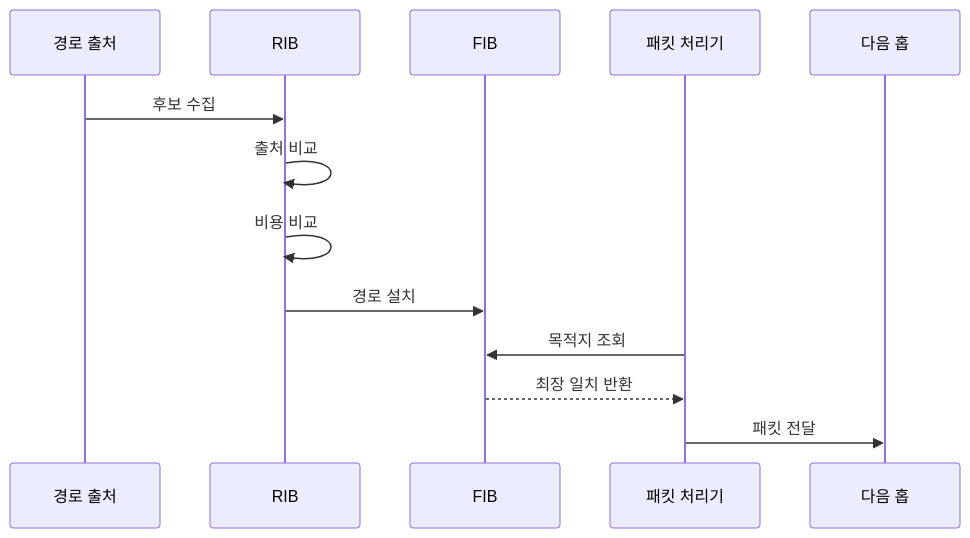
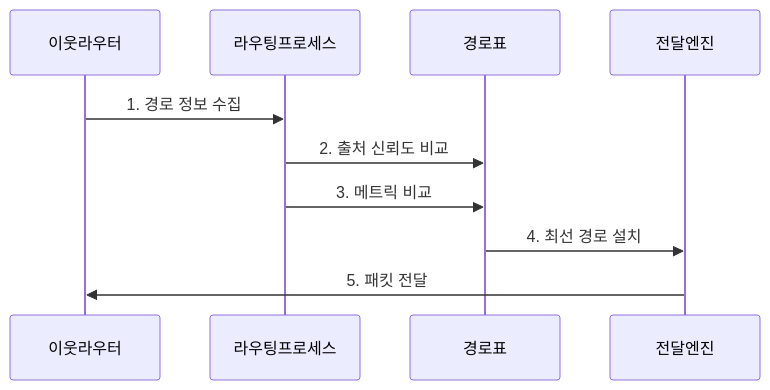
Before and after one commit to agnusdei1207/knowledge-base: the second of 2 diagrams in src/content/docs/notes/04-network/010_routing_static_dynamic.md, drawn with Mermaid. The commit also changed other lines of this file and 20 other files, not shown here.

````diff
--- a/src/content/docs/notes/04-network/010_routing_static_dynamic.md
+++ b/src/content/docs/notes/04-network/010_routing_static_dynamic.md
@@ -82,15 +87,12 @@
 ```mermaid
 sequenceDiagram
-    participant C as 경로 출처
-    participant R as RIB
-    participant F as FIB
-    participant P as 패킷 처리기
-    participant N as 다음 홉
-    C->>R: 후보 수집
-    R->>R: 출처 비교
-    R->>R: 비용 비교
-    R->>F: 경로 설치
-    P->>F: 목적지 조회
-    F-->>P: 최장 일치 반환
-    P->>N: 패킷 전달
+    participant 이웃라우터
+    participant 라우팅프로세스
+    participant 경로표
+    participant 전달엔진
+    이웃라우터->>라우팅프로세스: 1. 경로 정보 수집
+    라우팅프로세스->>경로표: 2. 출처 신뢰도 비교
+    라우팅프로세스->>경로표: 3. 메트릭 비교
+    경로표->>전달엔진: 4. 최선 경로 설치
+    전달엔진->>이웃라우터: 5. 패킷 전달
 ```
````
